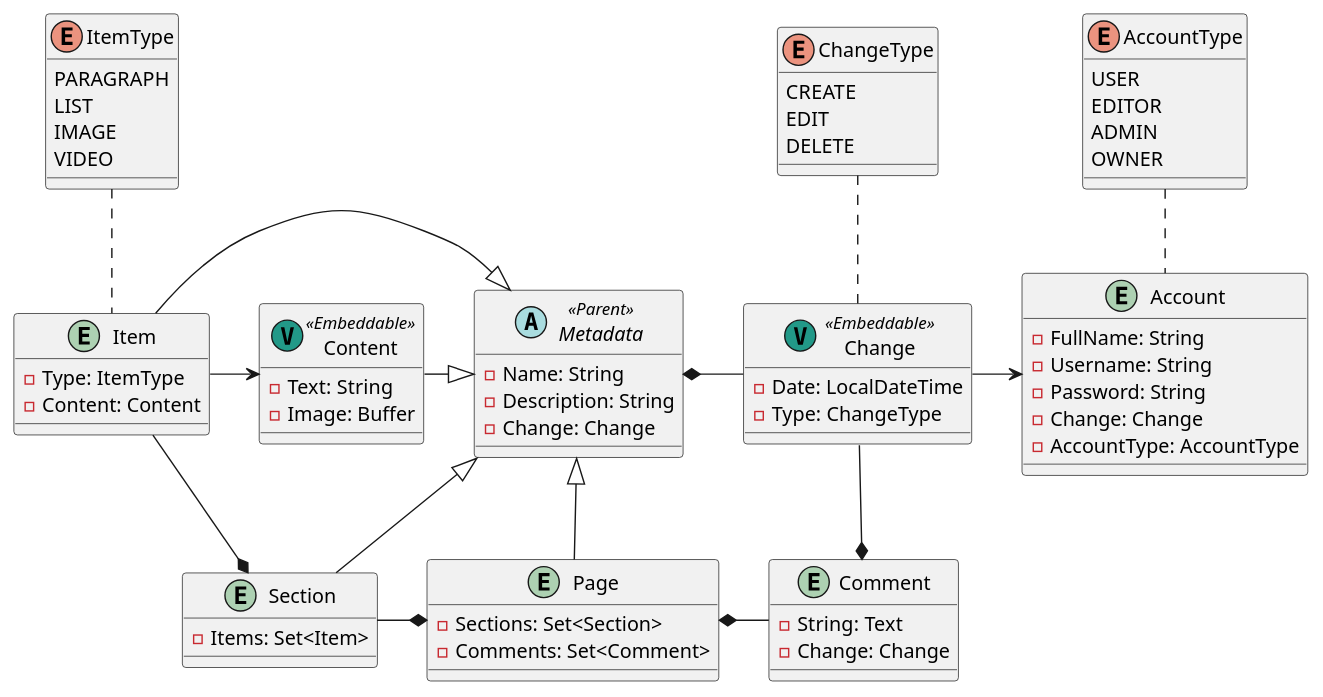
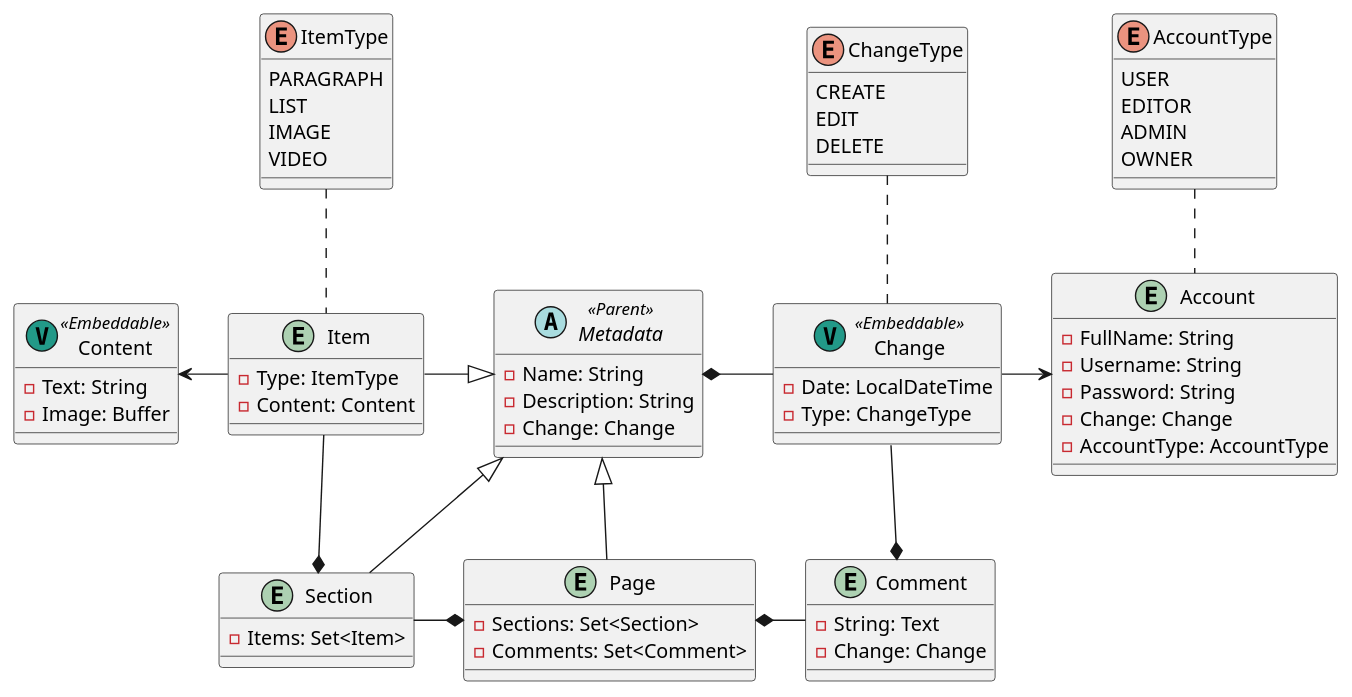
Before and after one commit to LouisFerro/HFW-HighlyFunctionalWiki: the diagram in src/main/plantuml/5. Main - Production.puml, drawn with PlantUML.

Commit message:
Adaptation of concept UML, which no longer represents the unnecessary inheritance of Metadata.java.

```diff
--- a/src/main/plantuml/5. Main - Production.puml
+++ b/src/main/plantuml/5. Main - Production.puml
@@ -1,99 +1,98 @@
 @startuml
 'https://plantuml.com/class-diagram'
 
 abstract class Metadata <<Parent>>
 {
     - Name: String
     - Description: String
     - Change: Change
 }
 
 entity Page
 {
     - Sections: Set<Section>
     - Comments: Set<Comment>
 }
 
 entity Section
 {
     - Items: Set<Item>
 }
 
 entity Item
 {
     - Type: ItemType
     - Content: Content
 }
 
 enum ItemType
 {
     PARAGRAPH
     LIST
     IMAGE
     VIDEO
 }
 
 entity Content <<(V, #229988)Embeddable>>
 {
     - Text: String
     - Image: Buffer
 }
 
 entity Comment
 {
     - String: Text
     - Change: Change
 }
 
 entity Account
 {
     - FullName: String
     - Username: String
     - Password: String
     - Change: Change
     - AccountType: AccountType
 }
 
 enum AccountType
 {
     USER
     EDITOR
     ADMIN
     OWNER
 }
 
 entity Change <<(V, #229988)Embeddable>>
 {
     - Date: LocalDateTime
     - Type: ChangeType
 }
 
 enum ChangeType
 {
     CREATE
     EDIT
     DELETE
 }
 
 Account .up. AccountType
 
 Change -left-* Metadata
 Change -right-> Account
 Change -down-* Comment
 Change .up. ChangeType
 
 Comment -left-* Page
 
 Page -up-|> Metadata
 
 Section -up-|> Metadata
 Section -right-* Page
 
 Item -right-|> Metadata
 Item -down-* Section
-Item -right-> Content
+Item -left-> Content
 Item .up. ItemType
 
-Content -right-|> Metadata
 
 @enduml
```
